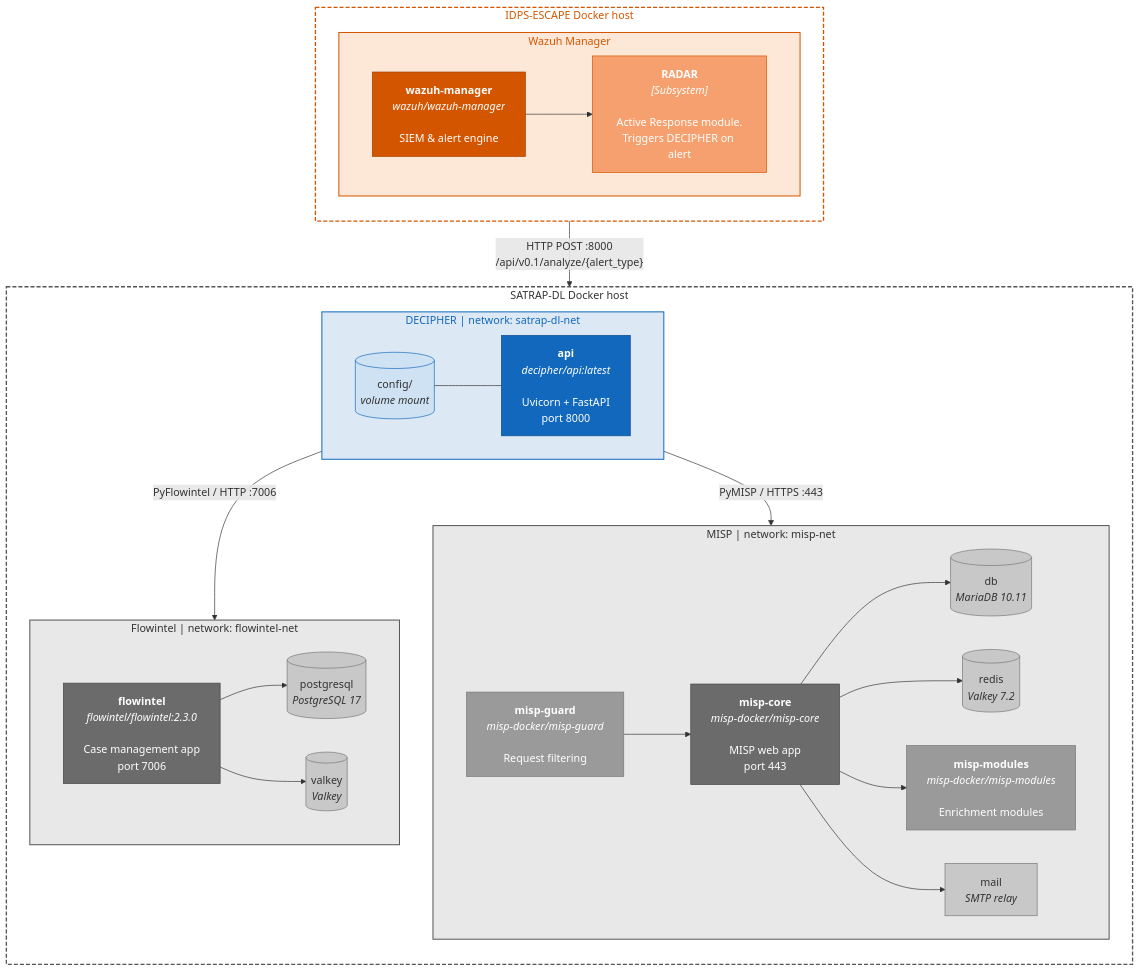
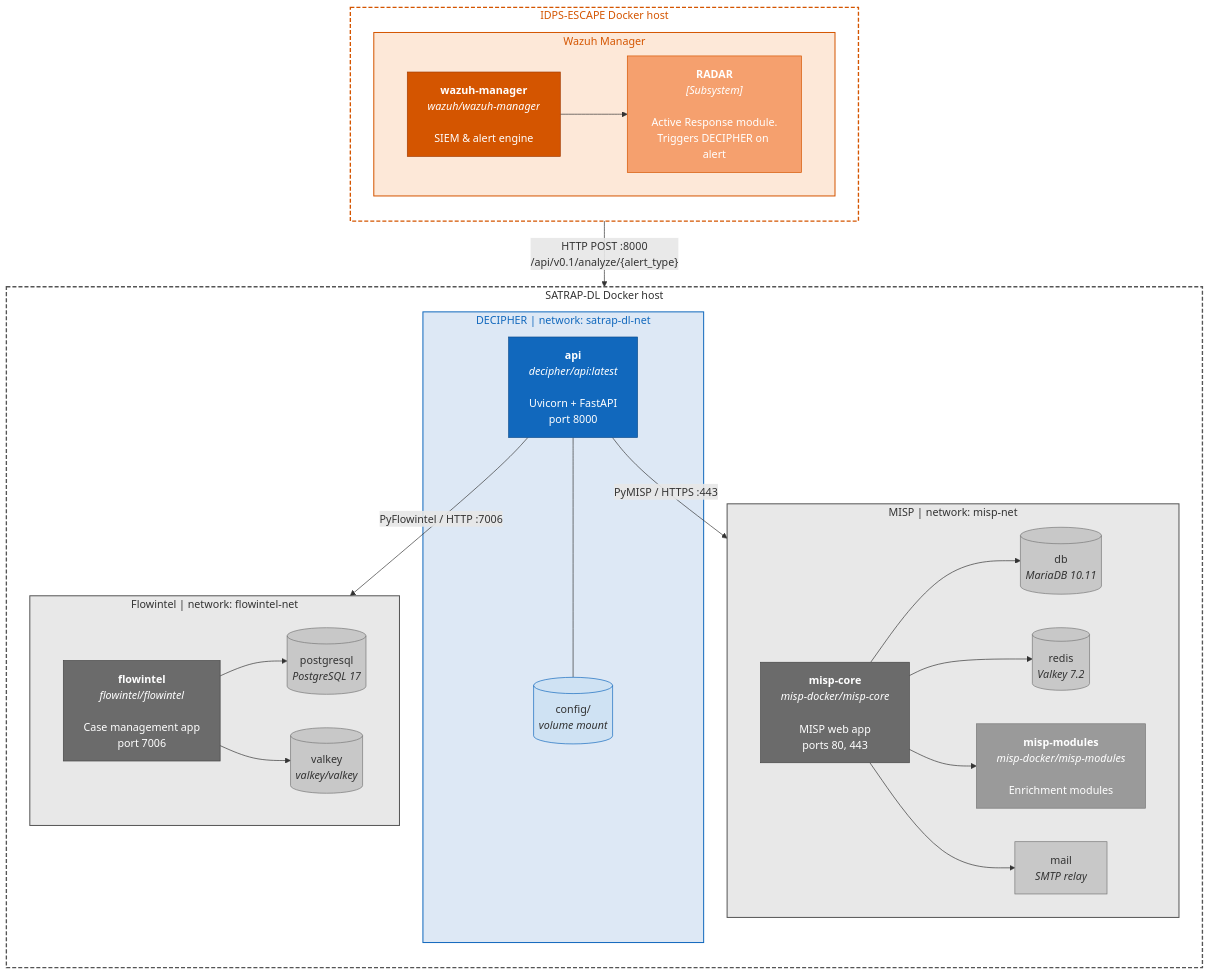
Before and after one commit to AbstractionsLab/satrap-dl: the diagram in docs/specs/ARC/ARC-006.md, drawn with Mermaid. The commit also changed other lines of this file and 92 other files, not shown here.

````diff
--- a/docs/specs/ARC/ARC-006.md
+++ b/docs/specs/ARC/ARC-006.md
@@ -20,71 +20,67 @@
 ```mermaid
 %% Deployment diagram — DECIPHER infrastructure stack
 
 flowchart TB
 
     subgraph wazuh_host["IDPS-ESCAPE Docker host"]
         direction TB
         subgraph wazuh_stack["Wazuh Manager"]
             direction LR
             wazuh_mgr["<b>wazuh-manager</b><br/><i>wazuh/wazuh-manager</i><br/><br/>SIEM & alert engine"]
             radar["<b>RADAR</b><br/><i>[Subsystem]</i><br/><br/>Active Response module.<br/>Triggers DECIPHER on alert"]
             wazuh_mgr --> radar
         end
     end
 
     subgraph host["SATRAP-DL Docker host"]
         direction TB
 
         subgraph decipher_stack["DECIPHER |  network: satrap-dl-net"]
-            direction LR
             api["<b>api</b><br/><i>decipher/api:latest</i><br/><br/>Uvicorn + FastAPI<br/>port 8000"]
             cfg[("config/<br/><i>volume mount</i>")]
-            cfg --- api
+            api --- cfg
         end
 
         subgraph misp_stack["MISP  |  network: misp-net"]
             direction LR
-            misp_core["<b>misp-core</b><br/><i>misp-docker/misp-core</i><br/><br/>MISP web app<br/>port 443"]
+            misp_core["<b>misp-core</b><br/><i>misp-docker/misp-core</i><br/><br/>MISP web app<br/>ports 80, 443"]
             misp_mod["<b>misp-modules</b><br/><i>misp-docker/misp-modules</i><br/><br/>Enrichment modules"]
-            misp_guard["<b>misp-guard</b><br/><i>misp-docker/misp-guard</i><br/><br/>Request filtering"]
             misp_db[("db<br/><i>MariaDB 10.11</i>")]
             misp_redis[("redis<br/><i>Valkey 7.2</i>")]
             misp_mail["mail<br/><i>SMTP relay</i>"]
             misp_core --> misp_db & misp_redis & misp_mod
-            misp_guard --> misp_core
             misp_core --> misp_mail
         end
 
         subgraph flowintel_stack["Flowintel |  network: flowintel-net"]
             direction LR
-            flowintel_app["<b>flowintel</b><br/><i>flowintel/flowintel:2.3.0</i><br/><br/>Case management app<br/>port 7006"]
+            flowintel_app["<b>flowintel</b><br/><i>flowintel/flowintel</i><br/><br/>Case management app<br/>port 7006"]
             flowintel_db[("postgresql<br/><i>PostgreSQL 17</i>")]
-            flowintel_cache[("valkey<br/><i>Valkey</i>")]
+            flowintel_cache[("valkey<br/><i>valkey/valkey</i>")]
             flowintel_app --> flowintel_db & flowintel_cache
         end
     end
 
     radar   -->|"HTTP POST :8000<br/>/api/v0.1/analyze/{alert_type}"| api
     api -->|"PyMISP / HTTPS :443"| misp_core
     api -->|"PyFlowintel / HTTP :7006"| flowintel_app
 
     style wazuh_host     fill:transparent,stroke:#d45500,stroke-width:2px,color:#d45500,stroke-dasharray:6 3
     style wazuh_stack    fill:#fde8d8,stroke:#d45500,stroke-width:1.5px,color:#d45500
     style wazuh_mgr      fill:#d45500,color:#fff,stroke:#a33b00
     style radar          fill:#f5a06e,color:#fff,stroke:#d45500
     style host            fill:transparent,stroke:#555,stroke-width:2px,color:#333,stroke-dasharray:6 3
     style decipher_stack  fill:#dde8f5,stroke:#1168bd,stroke-width:1.5px,color:#1168bd
     style misp_stack      fill:#e8e8e8,stroke:#555,stroke-width:1.5px,color:#333
     style flowintel_stack fill:#e8e8e8,stroke:#555,stroke-width:1.5px,color:#333
     style api             fill:#1168bd,color:#fff,stroke:#0e4d8c
     style cfg             fill:#cfe2f3,color:#333,stroke:#1168bd
     style misp_core       fill:#6b6b6b,color:#fff,stroke:#444
     style misp_mod        fill:#9a9a9a,color:#fff,stroke:#777
-    style misp_guard      fill:#9a9a9a,color:#fff,stroke:#777
     style misp_db         fill:#c8c8c8,color:#333,stroke:#777
     style misp_redis      fill:#c8c8c8,color:#333,stroke:#777
     style misp_mail       fill:#c8c8c8,color:#333,stroke:#777
     style flowintel_app   fill:#6b6b6b,color:#fff,stroke:#444
     style flowintel_db    fill:#c8c8c8,color:#333,stroke:#777
     style flowintel_cache fill:#c8c8c8,color:#333,stroke:#777
 ```
````
